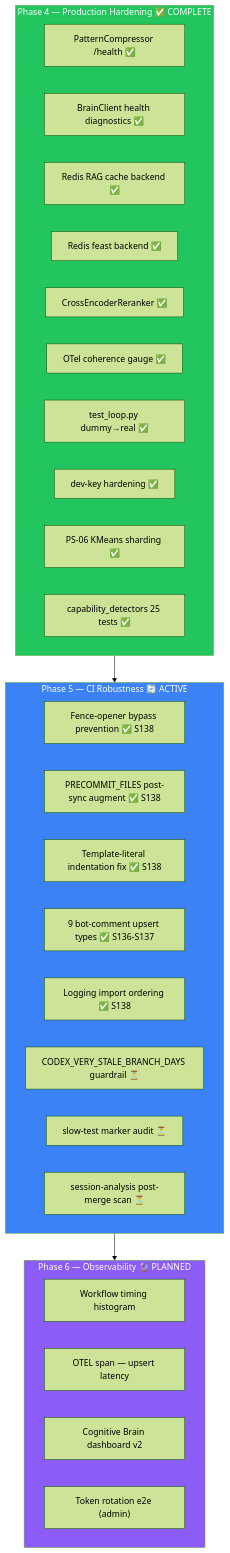
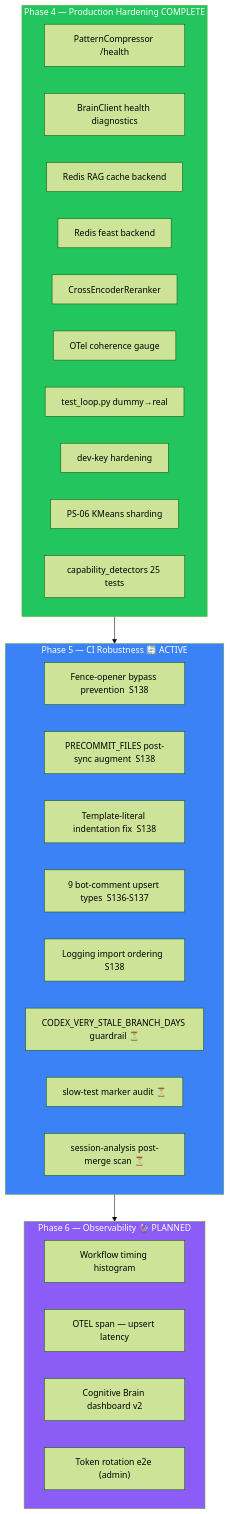
The diagram in docs/cognitive_brain/DEAD_CODE_IMPROVEMENT_PLAN.md (Aries-Serpent/_codex_), drawn with Mermaid (forest theme) before and after one commit. The commit also changed other lines of this file and 2029 other files, not shown here.

````diff
--- a/docs/cognitive_brain/DEAD_CODE_IMPROVEMENT_PLAN.md
+++ b/docs/cognitive_brain/DEAD_CODE_IMPROVEMENT_PLAN.md
@@ -172,41 +174,41 @@
 ```mermaid
-%%{init: {'accessibility': {'title': 'Flowchart showing "Phase 4 — Production Hardening ✅ COMPLETE", "PatternCompressor /health ✅"'}}%%
+%%{init: {'accessibility': {'title': 'Flowchart showing "Phase 4 — Production Hardening  COMPLETE", "PatternCompressor /health "'}}%%
 flowchart TD
-    subgraph P4["Phase 4 — Production Hardening ✅ COMPLETE"]
-        P4A["PatternCompressor /health ✅"]
-        P4B["BrainClient health diagnostics ✅"]
-        P4C["Redis RAG cache backend ✅"]
-        P4D["Redis feast backend ✅"]
-        P4E["CrossEncoderReranker ✅"]
-        P4F["OTel coherence gauge ✅"]
-        P4G["test_loop.py dummy→real ✅"]
-        P4H["dev-key hardening ✅"]
-        P4I["PS-06 KMeans sharding ✅"]
-        P4J["capability_detectors 25 tests ✅"]
+    subgraph P4["Phase 4 — Production Hardening  COMPLETE"]
+        P4A["PatternCompressor /health "]
+        P4B["BrainClient health diagnostics "]
+        P4C["Redis RAG cache backend "]
+        P4D["Redis feast backend "]
+        P4E["CrossEncoderReranker "]
+        P4F["OTel coherence gauge "]
+        P4G["test_loop.py dummy→real "]
+        P4H["dev-key hardening "]
+        P4I["PS-06 KMeans sharding "]
+        P4J["capability_detectors 25 tests "]
     end
 
     subgraph P5["Phase 5 — CI Robustness 🔄 ACTIVE"]
-        P5A["Fence-opener bypass prevention ✅ S138"]
-        P5B["PRECOMMIT_FILES post-sync augment ✅ S138"]
-        P5C["Template-literal indentation fix ✅ S138"]
-        P5D["9 bot-comment upsert types ✅ S136-S137"]
-        P5E["Logging import ordering ✅ S138"]
+        P5A["Fence-opener bypass prevention  S138"]
+        P5B["PRECOMMIT_FILES post-sync augment  S138"]
+        P5C["Template-literal indentation fix  S138"]
+        P5D["9 bot-comment upsert types  S136-S137"]
+        P5E["Logging import ordering  S138"]
         P5F["CODEX_VERY_STALE_BRANCH_DAYS guardrail ⏳"]
         P5G["slow-test marker audit ⏳"]
         P5H["session-analysis post-merge scan ⏳"]
     end
 
     subgraph P6["Phase 6 — Observability 🔮 PLANNED"]
         P6A["Workflow timing histogram"]
         P6B["OTEL span — upsert latency"]
         P6C["Cognitive Brain dashboard v2"]
         P6D["Token rotation e2e (admin)"]
     end
 
     P4 --> P5
     P5 --> P6
 
     style P4 fill:#22c55e,color:#fff
     style P5 fill:#3b82f6,color:#fff
     style P6 fill:#8b5cf6,color:#fff
 ```
````
